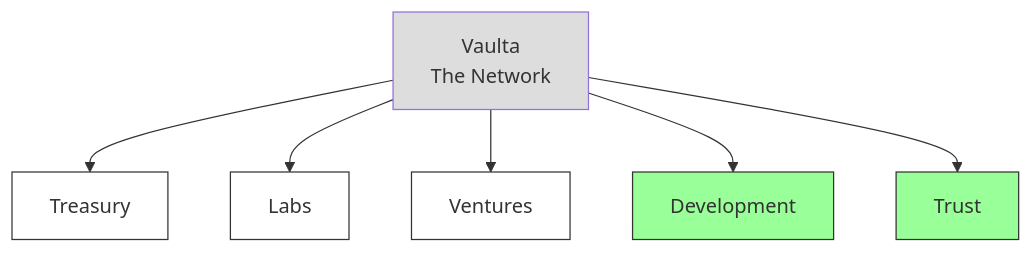
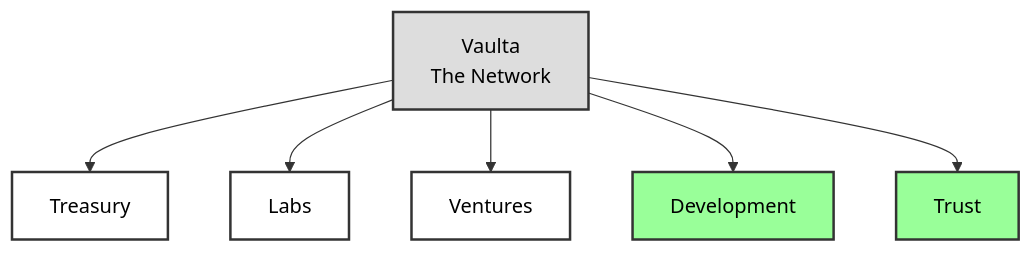
One commit to greymass/msigs changed the first of 3 diagrams in documents/stage-1.md. Above: the diagram before and after it, drawn with Mermaid. The commit also changed other lines of this file, not shown here.

Commit message:
Diagram updates

````diff
--- a/documents/stage-1.md
+++ b/documents/stage-1.md
@@ -51,22 +51,23 @@
 ```mermaid
+%%{init: {'theme':'base', 'themeVariables': { 'primaryColor':'#fff','primaryTextColor':'#000','primaryBorderColor':'#333','lineColor':'#333','secondaryColor':'#fff','tertiaryColor':'#fff','background':'#fff','mainBkg':'#fff','secondBkg':'#fff','tertiaryBkg':'#fff'}}}%%
 graph TD
     vaulta["Vaulta<br/>The Network"]
     treasury["Treasury"]
     labs["Labs"]
     ventures["Ventures"]
     development["Development"]
     trust["Trust"]
     
     vaulta --> treasury
     vaulta --> labs
     vaulta --> ventures
     vaulta --> development
     vaulta --> trust
     
-    style vaulta fill:#ddd
-    style treasury fill:#fff,stroke:#333
-    style labs fill:#fff,stroke:#333
-    style ventures fill:#fff,stroke:#333
-    style development fill:#9f9,stroke:#333
-    style trust fill:#9f9,stroke:#333
+    style vaulta fill:#ddd,stroke:#333,stroke-width:2px,color:#000
+    style treasury fill:#fff,stroke:#333,stroke-width:2px,color:#000
+    style labs fill:#fff,stroke:#333,stroke-width:2px,color:#000
+    style ventures fill:#fff,stroke:#333,stroke-width:2px,color:#000
+    style development fill:#9f9,stroke:#333,stroke-width:2px,color:#000
+    style trust fill:#9f9,stroke:#333,stroke-width:2px,color:#000
 ```
````
